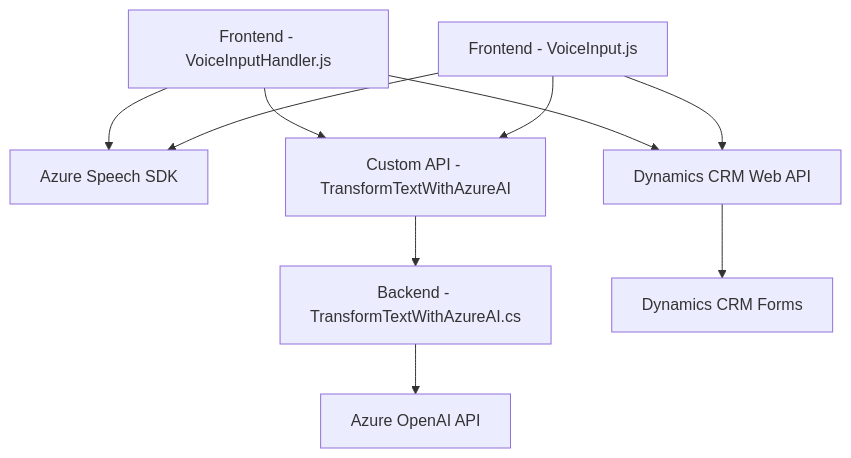
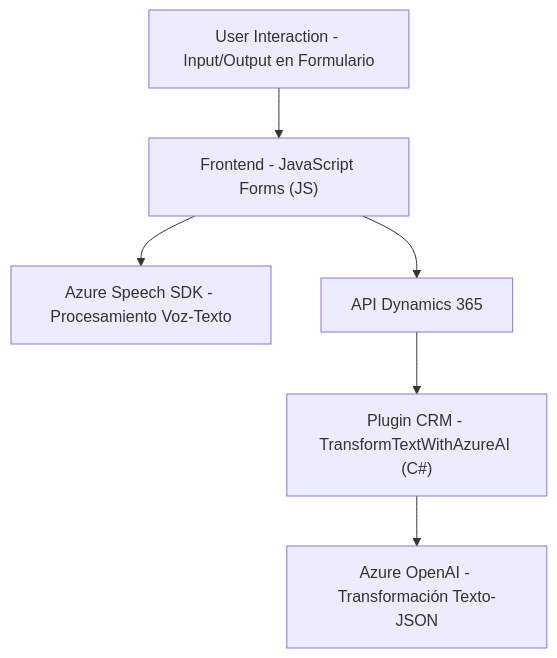
Before and after one commit to blopezdm/NETCORE_BILBAO2025: the diagram in README.md, drawn with Mermaid. The commit also changed other lines of this file, not shown here.

````diff
--- a/README.md
+++ b/README.md
@@ -39,15 +57,15 @@
 ```mermaid
 graph TD
-    A["Frontend - VoiceInputHandler.js"] --> B["Azure Speech SDK"]
-    A --> C["Dynamics CRM Web API"]
-    A --> D["Custom API - TransformTextWithAzureAI"]
+    A["User Interaction - Input/Output en Formulario"]
+    B["Frontend - JavaScript Forms (JS)"]
+    C["Azure Speech SDK - Procesamiento Voz-Texto"]
+    D["API Dynamics 365"]
+    E["Plugin CRM - TransformTextWithAzureAI (C#)"]
+    F["Azure OpenAI - Transformación Texto-JSON"]
 
-    E["Frontend - VoiceInput.js"] --> B
-    E --> C
-    E --> D
-
-    D --> F["Backend - TransformTextWithAzureAI.cs"]
-    F --> G["Azure OpenAI API"]
-
-    C --> H["Dynamics CRM Forms"]
+    A --> B
+    B --> C
+    B --> D
+    D --> E
+    E --> F
 ```
````
